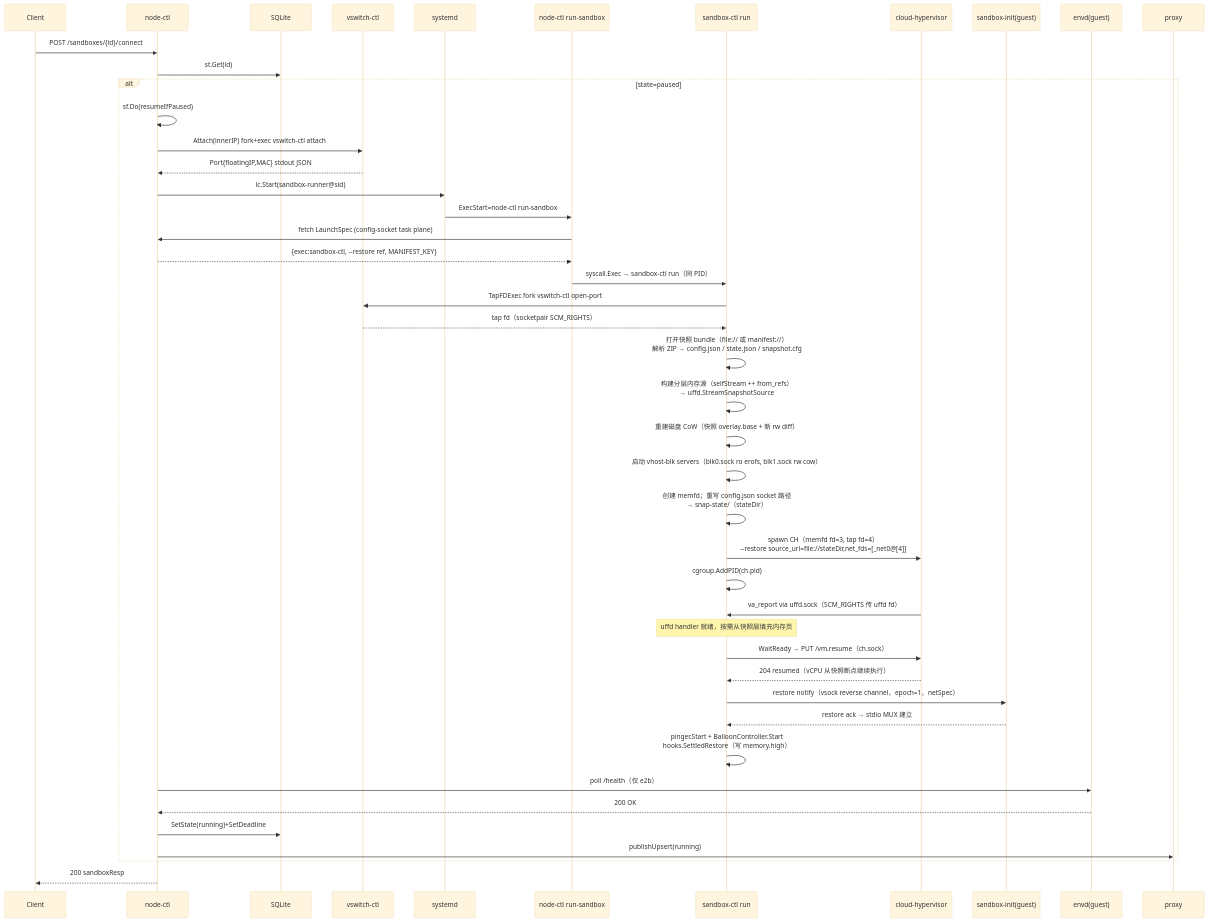
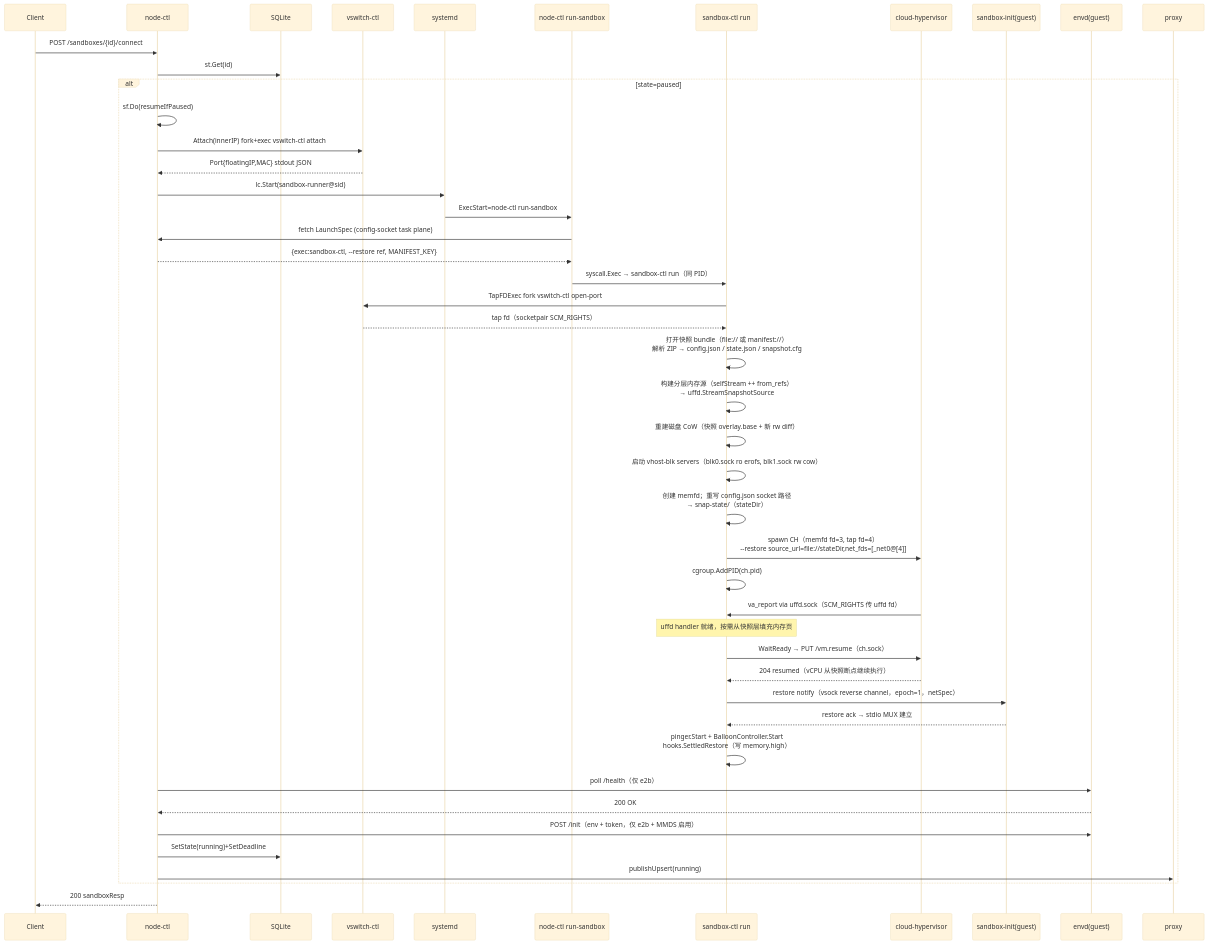
The third of 8 diagrams in docs/proposals/fe-2.2-serve-sandbox-lifecycle.md (lyuyun/sandboxd), drawn with Mermaid (base theme) before and after one commit. The commit also changed other lines of this file, not shown here.

````diff
--- a/docs/proposals/fe-2.2-serve-sandbox-lifecycle.md
+++ b/docs/proposals/fe-2.2-serve-sandbox-lifecycle.md
@@ -511,48 +511,49 @@
 ```mermaid
 sequenceDiagram
     participant C as Client
     participant O as node-ctl
     participant DB as SQLite
     participant VS as vswitch-ctl
     participant SD as systemd
     participant RS as node-ctl run-sandbox
     participant SC as sandbox-ctl run
     participant CH as cloud-hypervisor
     participant SI as sandbox-init(guest)
     participant E as envd(guest)
     participant P as proxy
 
     C->>O: POST /sandboxes/{id}/connect
     O->>DB: st.Get(id)
     alt state=paused
         O->>O: sf.Do(resumeIfPaused)
         O->>VS: Attach(innerIP) fork+exec vswitch-ctl attach
         VS-->>O: Port{floatingIP,MAC} stdout JSON
         O->>SD: lc.Start(sandbox-runner@sid)
         SD->>RS: ExecStart=node-ctl run-sandbox
         RS->>O: fetch LaunchSpec (config-socket task plane)
         O-->>RS: {exec:sandbox-ctl, --restore ref, MANIFEST_KEY}
         RS->>SC: syscall.Exec → sandbox-ctl run（同 PID）
         SC->>VS: TapFDExec fork vswitch-ctl open-port
         VS-->>SC: tap fd（socketpair SCM_RIGHTS）
         SC->>SC: 打开快照 bundle（file:// 或 manifest://）<br>解析 ZIP → config.json / state.json / snapshot.cfg
         SC->>SC: 构建分层内存源（selfStream ++ from_refs）<br>→ uffd.StreamSnapshotSource
         SC->>SC: 重建磁盘 CoW（快照 overlay.base + 新 rw diff）
         SC->>SC: 启动 vhost-blk servers（blk0.sock ro erofs, blk1.sock rw cow）
         SC->>SC: 创建 memfd；重写 config.json socket 路径<br>→ snap-state/（stateDir）
         SC->>CH: spawn CH（memfd fd=3, tap fd=4）<br>--restore source_url=file://stateDir,net_fds=[_net0@[4]]
         SC->>SC: cgroup.AddPID(ch.pid)
         CH->>SC: va_report via uffd.sock（SCM_RIGHTS 传 uffd fd）
         Note over SC: uffd handler 就绪，按需从快照层填充内存页
         SC->>CH: WaitReady → PUT /vm.resume（ch.sock）
         CH-->>SC: 204 resumed（vCPU 从快照断点继续执行）
         SC->>SI: restore notify（vsock reverse channel，epoch=1，netSpec）
         SI-->>SC: restore ack → stdio MUX 建立
         SC->>SC: pinger.Start + BalloonController.Start<br>hooks.SettledRestore（写 memory.high）
         O->>E: poll /health（仅 e2b）
         E-->>O: 200 OK
+        O->>E: POST /init（env + token，仅 e2b + MMDS 启用）
         O->>DB: SetState(running)+SetDeadline
         O->>P: publishUpsert(running)
     end
     O-->>C: 200 sandboxResp
 ```
````
